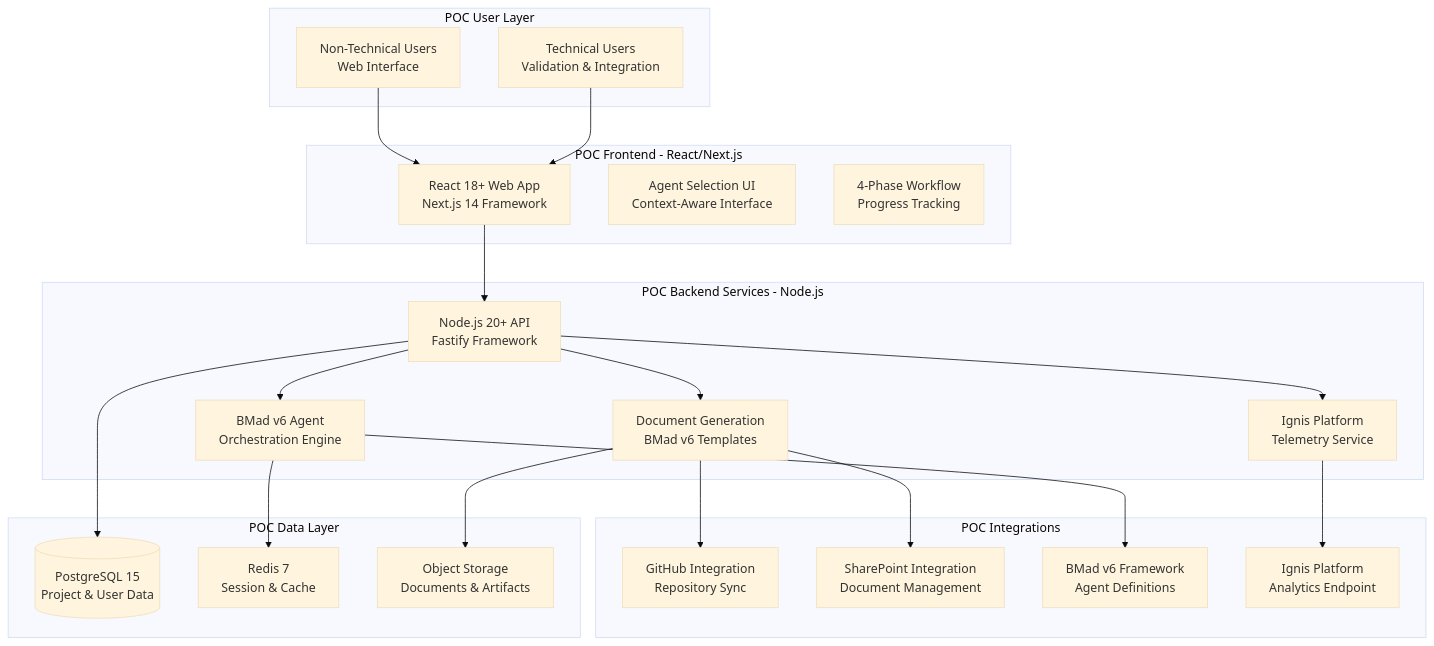
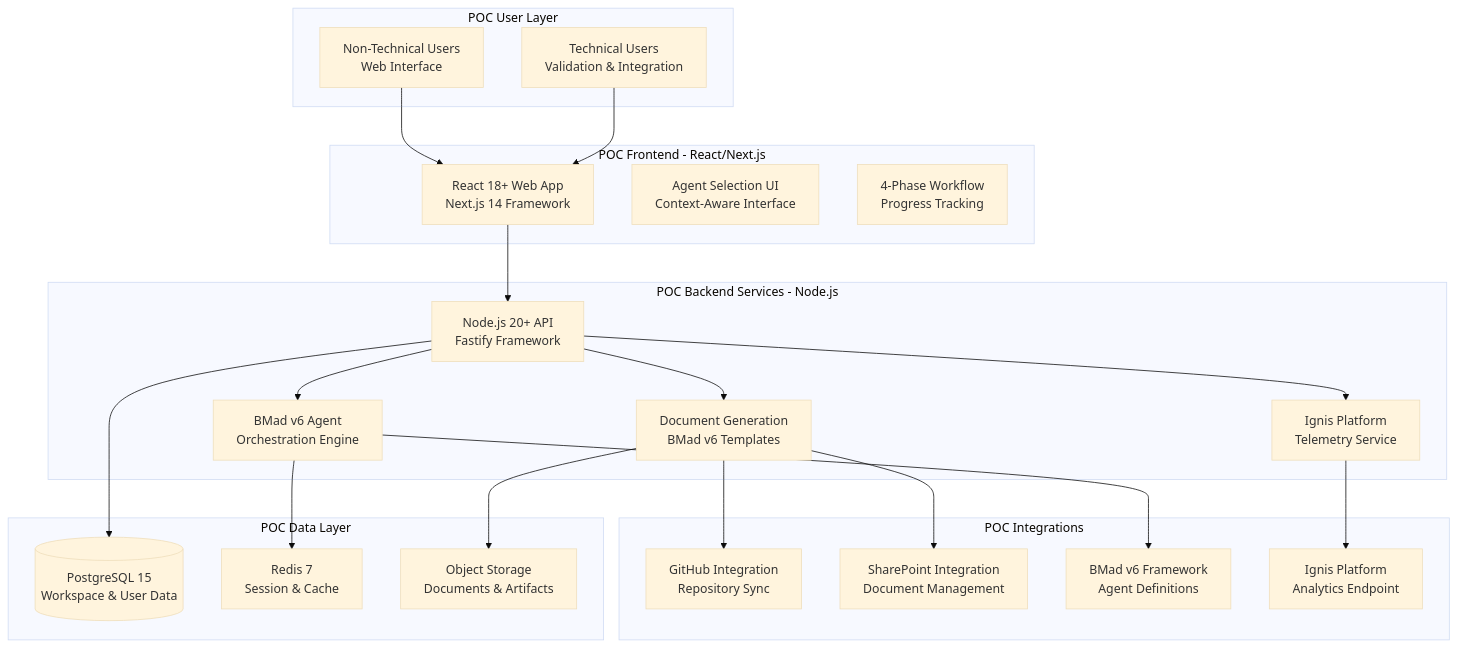
Before and after one commit to Ig-Saad/bmad-test-repo-003: the first of 18 diagrams in docs/architecture.md, drawn with Mermaid (base theme). The commit also changed other lines of this file and 9 other files, not shown here.

````diff
--- a/docs/architecture.md
+++ b/docs/architecture.md
@@ -55,49 +56,49 @@
 ```mermaid
 graph TB
     subgraph "POC User Layer"
         POCBU[Non-Technical Users<br/>Web Interface]
         POCDEV[Technical Users<br/>Validation & Integration]
     end
 
     subgraph "POC Frontend - React/Next.js"
         POCWEB[React 18+ Web App<br/>Next.js 14 Framework]
         POCAGENT[Agent Selection UI<br/>Context-Aware Interface]
         POCPHASE[4-Phase Workflow<br/>Progress Tracking]
     end
 
     subgraph "POC Backend Services - Node.js"
         POCAPI[Node.js 20+ API<br/>Fastify Framework]
         POCORCH[BMad v6 Agent<br/>Orchestration Engine]
         POCDOC[Document Generation<br/>BMad v6 Templates]
         POCTEL[Ignis Platform<br/>Telemetry Service]
     end
 
     subgraph "POC Integrations"
         POCGH[GitHub Integration<br/>Repository Sync]
         POCSP[SharePoint Integration<br/>Document Management]
         POCBMAD[BMad v6 Framework<br/>Agent Definitions]
         POCIGNIS[Ignis Platform<br/>Analytics Endpoint]
     end
 
     subgraph "POC Data Layer"
-        POCDB[(PostgreSQL 15<br/>Project & User Data)]
+        POCDB[(PostgreSQL 15<br/>Workspace & User Data)]
         POCREDIS[Redis 7<br/>Session & Cache]
         POCSTORAGE[Object Storage<br/>Documents & Artifacts]
     end
 
     POCBU --> POCWEB
     POCDEV --> POCWEB
     POCWEB --> POCAPI
     POCAPI --> POCORCH
     POCAPI --> POCDOC
     POCAPI --> POCTEL
 
     POCORCH --> POCBMAD
     POCDOC --> POCGH
     POCDOC --> POCSP
     POCTEL --> POCIGNIS
 
     POCAPI --> POCDB
     POCORCH --> POCREDIS
     POCDOC --> POCSTORAGE
 ```
````
